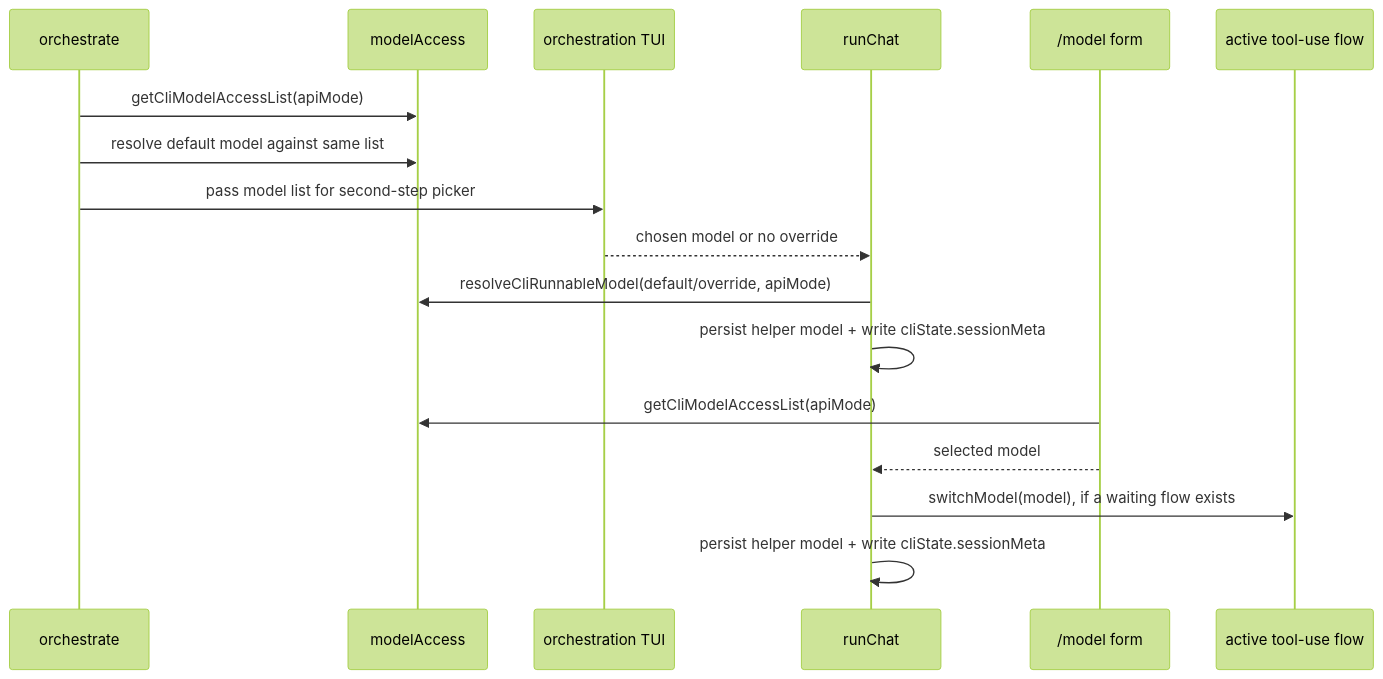
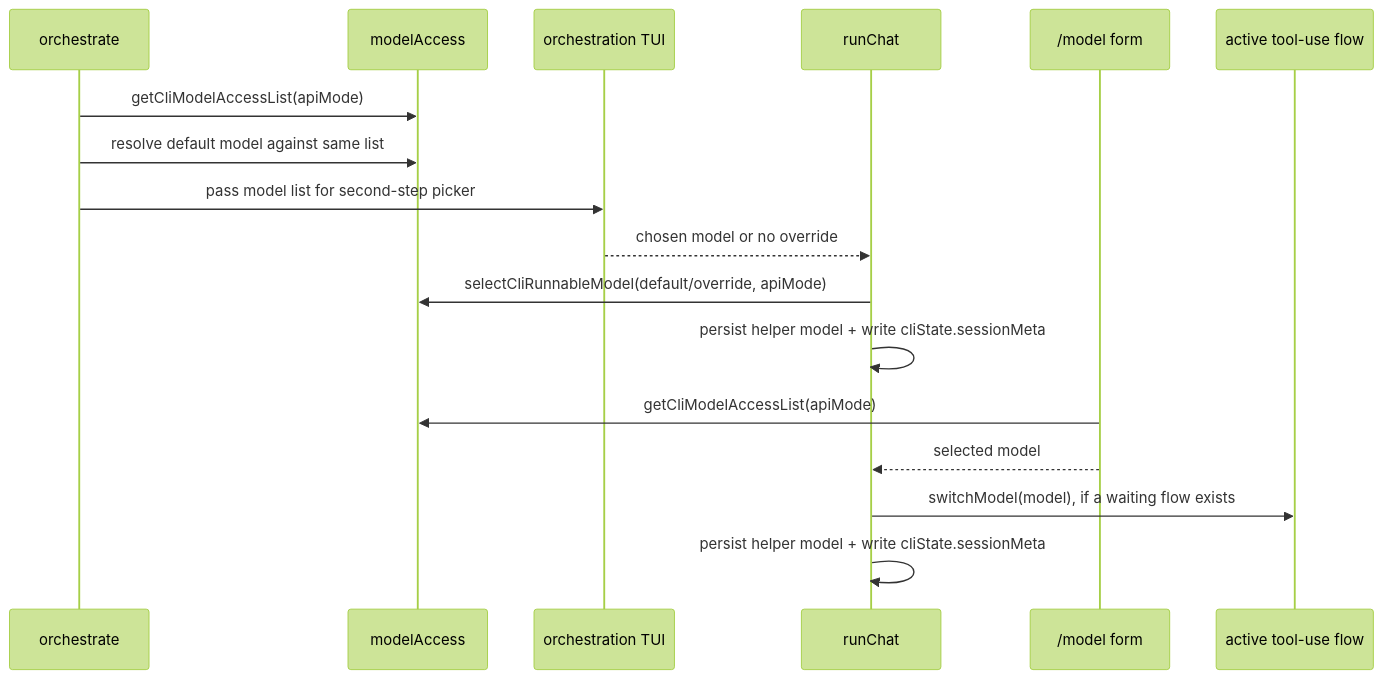
One commit to LionSR/TeXRA changed the third of 5 diagrams in docs/architecture/2026-06-20-cli-runtime-round-trips.md. Above: the diagram before and after it, drawn with Mermaid (forest theme). The commit also changed other lines of this file and 9 other files, not shown here.

````diff
--- a/docs/architecture/2026-06-20-cli-runtime-round-trips.md
+++ b/docs/architecture/2026-06-20-cli-runtime-round-trips.md
@@ -123,20 +123,20 @@
 ```mermaid
 sequenceDiagram
   participant O as orchestrate
   participant MA as modelAccess
   participant UI as orchestration TUI
   participant C as runChat
   participant F as /model form
   participant Flow as active tool-use flow
 
   O->>MA: getCliModelAccessList(apiMode)
   O->>MA: resolve default model against same list
   O->>UI: pass model list for second-step picker
   UI-->>C: chosen model or no override
-  C->>MA: resolveCliRunnableModel(default/override, apiMode)
+  C->>MA: selectCliRunnableModel(default/override, apiMode)
   C->>C: persist helper model + write cliState.sessionMeta
   F->>MA: getCliModelAccessList(apiMode)
   F-->>C: selected model
   C->>Flow: switchModel(model), if a waiting flow exists
   C->>C: persist helper model + write cliState.sessionMeta
 ```
````
